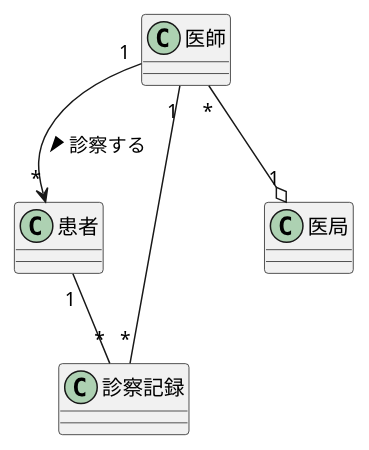
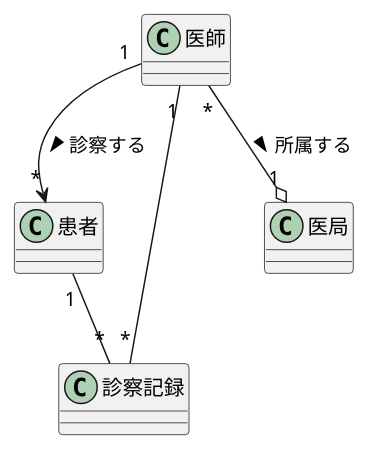
Before and after one commit to Kuya0307/unl-introduction: the diagram in 演習３/演習3-2_CL_医師と患者と医局と診療記録.pu, drawn with PlantUML.

Commit message:
3－2を修正

```diff
--- a/演習３/演習3-2_CL_医師と患者と医局と診療記録.pu
+++ b/演習３/演習3-2_CL_医師と患者と医局と診療記録.pu
@@ -1,19 +1,19 @@
 @startuml クラス図
 ' left to right direction
     class 医師{
 
     }
     class 患者{
 
     }
     class 診察記録{
 
     }
     class 医局{
 
     }
     医師"1" --> "*"患者:診察する >
     医師"1" -- "*"診察記録
-    医師"*" --o "1"医局
+    医師"*" --o "1"医局:所属する >
     患者"1" -- "*"診察記録
 @enduml
```
